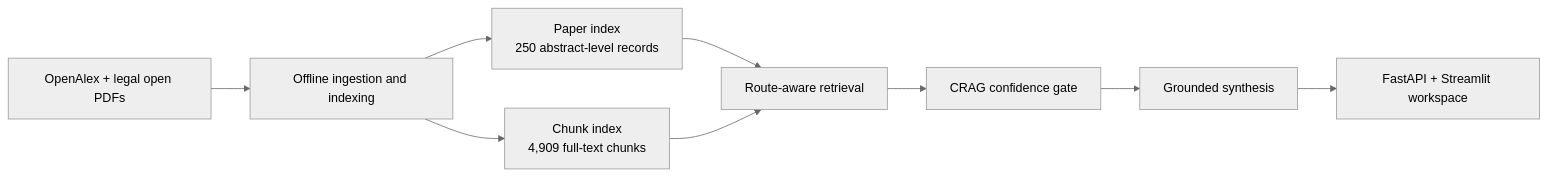
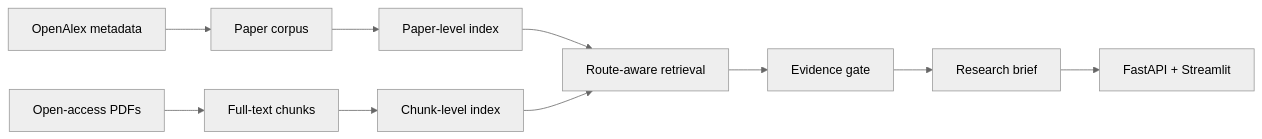
Before and after one commit to rishitha-gogineni/research-synthesis-engine: the first of 3 diagrams in README.md, drawn with Mermaid (neutral theme). The commit also changed other lines of this file and 1 other file, not shown here.

````diff
--- a/README.md
+++ b/README.md
@@ -36,11 +44,12 @@
 ```mermaid
 flowchart LR
-    A["OpenAlex + legal open PDFs"] --> B["Offline ingestion and indexing"]
-    B --> C["Paper index<br/>250 abstract-level records"]
-    B --> D["Chunk index<br/>4,909 full-text chunks"]
-    C --> E["Route-aware retrieval"]
-    D --> E
-    E --> F["CRAG confidence gate"]
-    F --> G["Grounded synthesis"]
-    G --> H["FastAPI + Streamlit workspace"]
+    A["OpenAlex metadata"] --> B["Paper corpus"]
+    C["Open-access PDFs"] --> D["Full-text chunks"]
+    B --> E["Paper-level index"]
+    D --> F["Chunk-level index"]
+    E --> G["Route-aware retrieval"]
+    F --> G
+    G --> H["Evidence gate"]
+    H --> I["Research brief"]
+    I --> J["FastAPI + Streamlit"]
 ```
````
